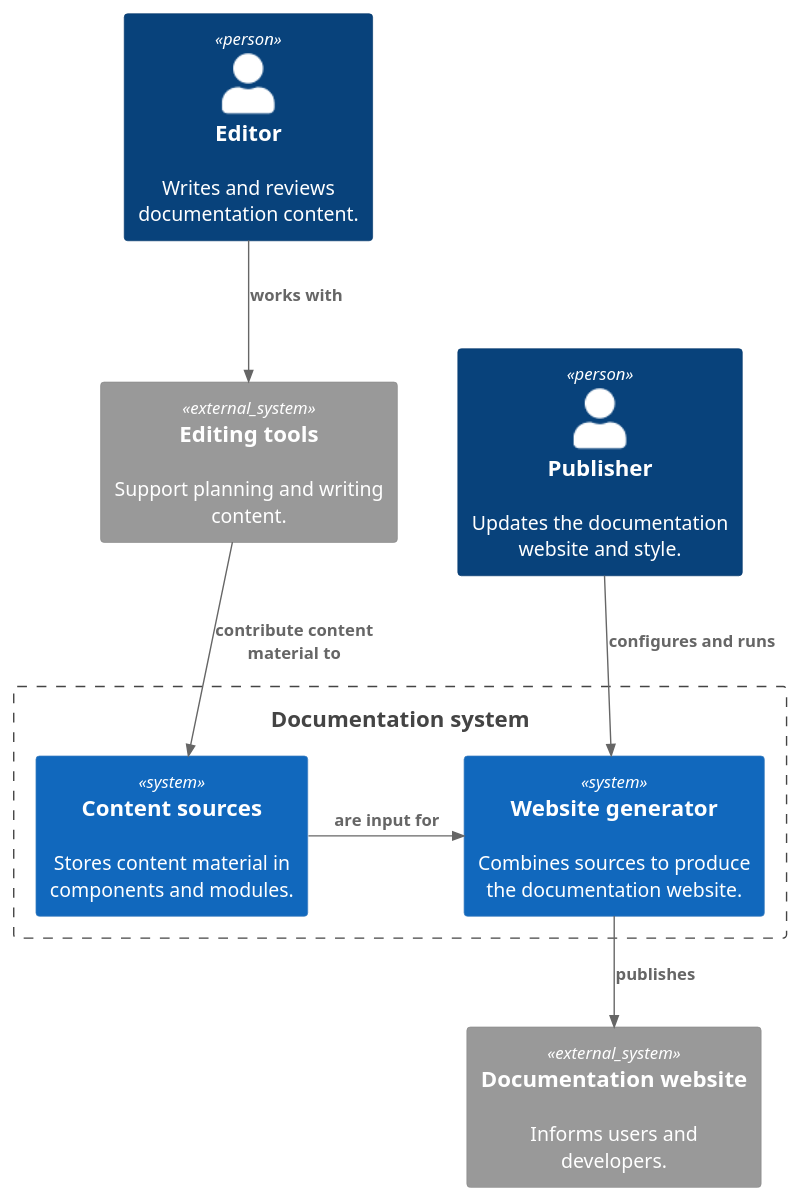
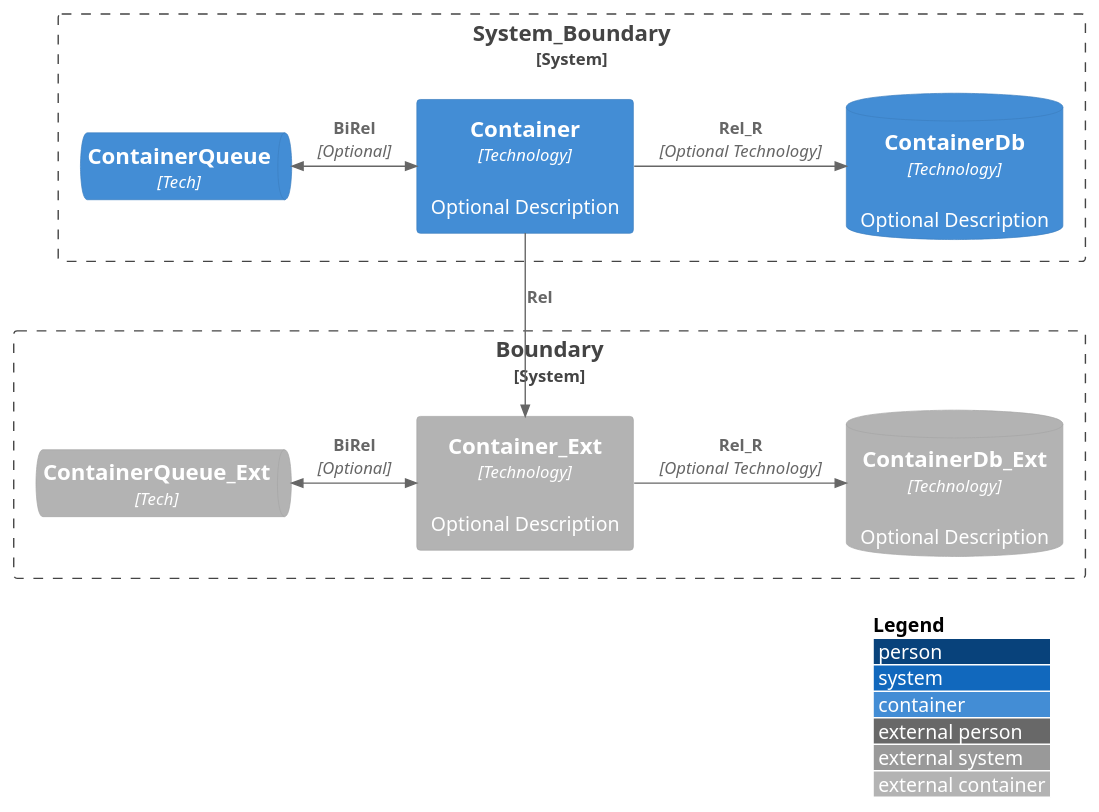
The diagram in docs_drostan/modules/visual_style/examples/puml/c4-container.puml (rolfkleef/drostan-antora-ui), drawn with PlantUML before and after one commit. The commit also changed 5 other files, not shown here.

First line of the commit message:
Update PlantUML styling and docs

```diff
--- a/docs_drostan/modules/visual_style/examples/puml/c4-container.puml
+++ b/docs_drostan/modules/visual_style/examples/puml/c4-container.puml
@@ -1,22 +1,25 @@
-  @startuml
+@startuml
 !include <C4/C4_Container>
 
-Person(editor, "Editor", "Writes and reviews documentation content.")
-Person(publisher, "Publisher", "Updates the documentation website and style.")
+LAYOUT_WITH_LEGEND()
 
-Boundary(doc_sys, "Documentation system") {
-  System(sources, "Content sources", "Stores content material in components and modules.")
-  System(sitegen, "Website generator", "Combines sources to produce the documentation website.")
-  Rel_R(sources, sitegen, "are input for")
+System_Boundary(boundary1, "System_Boundary", "Boundary type") {
+  Container(container1, "Container", "Technology", "Optional Description")
+  ContainerQueue(cqueue, "ContainerQueue", "Tech")
+  ContainerDb(cdb, "ContainerDb", "Technology", "Optional Description")
+
+  Rel_R(container1, cdb, "Rel_R", "Optional Technology")
+  BiRel_L(container1, cqueue, "BiRel", "Optional")
 }
 
-System_Ext(tools, "Editing tools", "Support planning and writing content.")
-System_Ext(site, "Documentation website", "Informs users and developers.")
+System_Boundary(boundary2, "Boundary", "Boundary type") {
+  Container_Ext(container2, "Container_Ext", "Technology", "Optional Description")
+  ContainerQueue_Ext(cqueue2, "ContainerQueue_Ext", "Tech")
+  ContainerDb_Ext(cdb2, "ContainerDb_Ext", "Technology", "Optional Description")
 
-Rel(editor, tools, "works with")
-Rel(tools, sources, "contribute content material to")
-Rel(publisher, sitegen, "configures and runs")
-Rel(sitegen, site, "publishes")
+  Rel_R(container2, cdb2, "Rel_R", "Optional Technology")
+  BiRel_L(container2, cqueue2, "BiRel", "Optional")
+}
 
-Lay_L(publisher, tools)
+Rel(container1, container2, "Rel")
 @enduml
```
